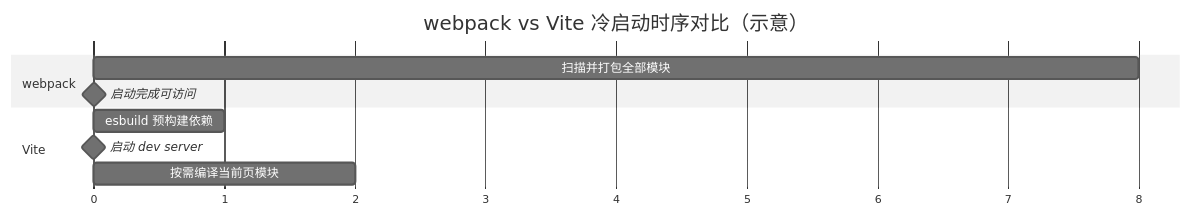
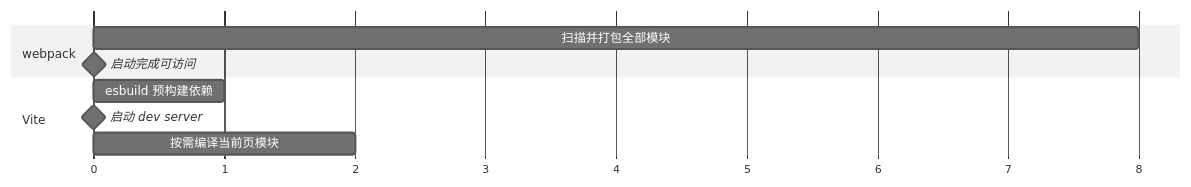
Diagram 14 of 14 in content/posts/frontend-build-tools-evolution.mdx (Jaxon1216/homepage), drawn with Mermaid (neutral theme) before and after one commit. The commit also changed other lines of this file and 16 other files, not shown here.

````diff
--- a/content/posts/frontend-build-tools-evolution.mdx
+++ b/content/posts/frontend-build-tools-evolution.mdx
@@ -828,15 +849,14 @@
-```mermaid
+```mermaid title="webpack 与 Vite 冷启动流程示意"
 gantt
-  title webpack vs Vite 冷启动时序对比（示意）
   dateFormat X
   axisFormat %s
 
   section webpack
   扫描并打包全部模块 :w1, 0, 8
   启动完成可访问     :milestone, 8, 0
 
   section Vite
   esbuild 预构建依赖 :v1, 0, 1
   启动 dev server    :milestone, 1, 0
   按需编译当前页模块 :v2, 1, 2
 ```
````
